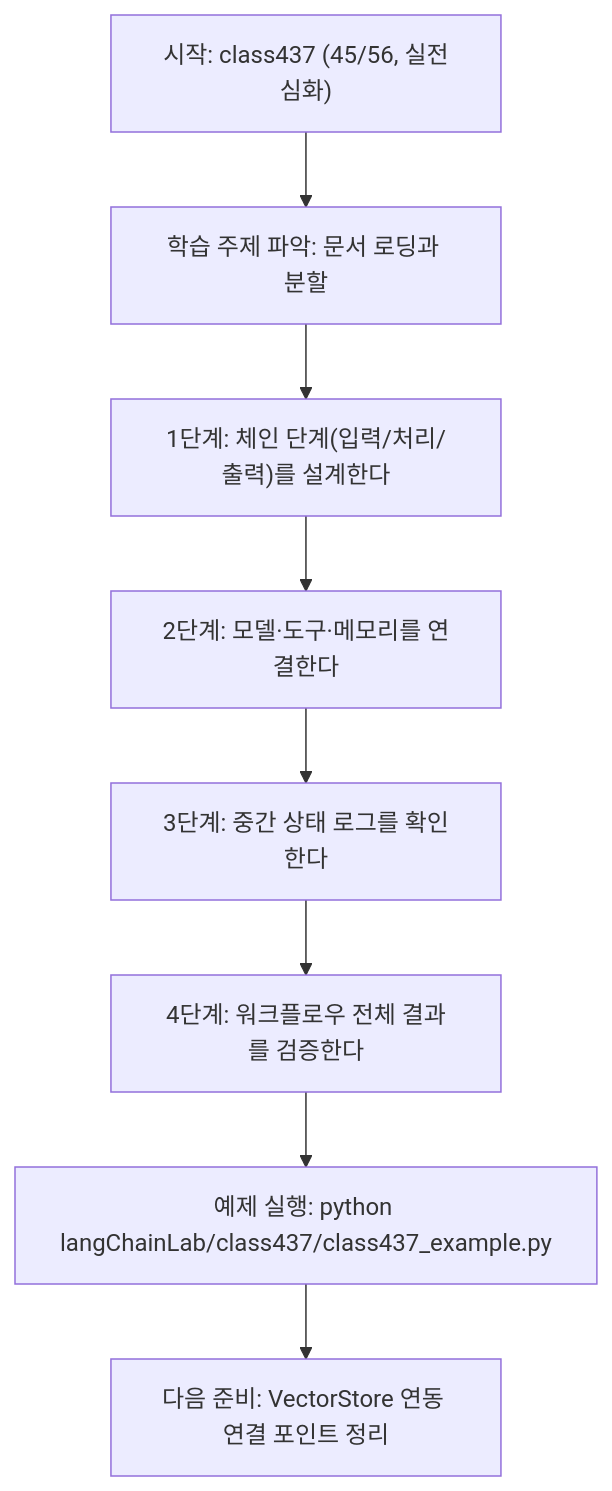
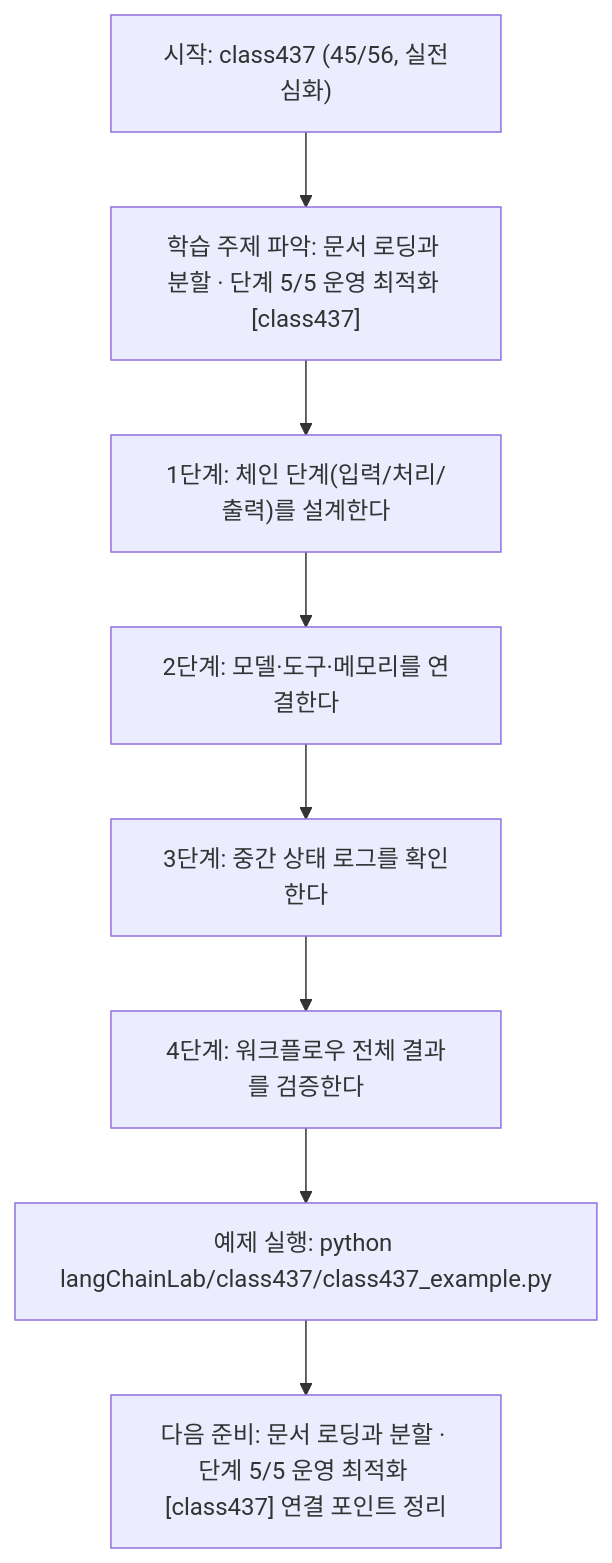
Before and after one commit to edumgt/Python-AI_Agent-Class: the diagram in langChainLab/class437/class437.md, drawn with Mermaid. The commit also changed other lines of this file and 522 other files, not shown here.

````diff
--- a/langChainLab/class437/class437.md
+++ b/langChainLab/class437/class437.md
@@ -109,18 +110,18 @@
 ```mermaid
 flowchart TD
 N1["시작: class437 (45/56, 실전심화)"]
-N2["학습 주제 파악: 문서 로딩과 분할"]
+N2["학습 주제 파악: 문서 로딩과 분할 · 단계 5/5 운영 최적화 [class437]"]
 N3["1단계: 체인 단계(입력/처리/출력)를 설계한다"]
 N4["2단계: 모델·도구·메모리를 연결한다"]
 N5["3단계: 중간 상태 로그를 확인한다"]
 N6["4단계: 워크플로우 전체 결과를 검증한다"]
 N7["예제 실행: python langChainLab/class437/class437_example.py"]
-N8["다음 준비: VectorStore 연동 연결 포인트 정리"]
+N8["다음 준비: 문서 로딩과 분할 · 단계 5/5 운영 최적화 [class437] 연결 포인트 정리"]
 N1 --> N2
 N2 --> N3
 N3 --> N4
 N4 --> N5
 N5 --> N6
 N6 --> N7
 N7 --> N8
 ```
````
